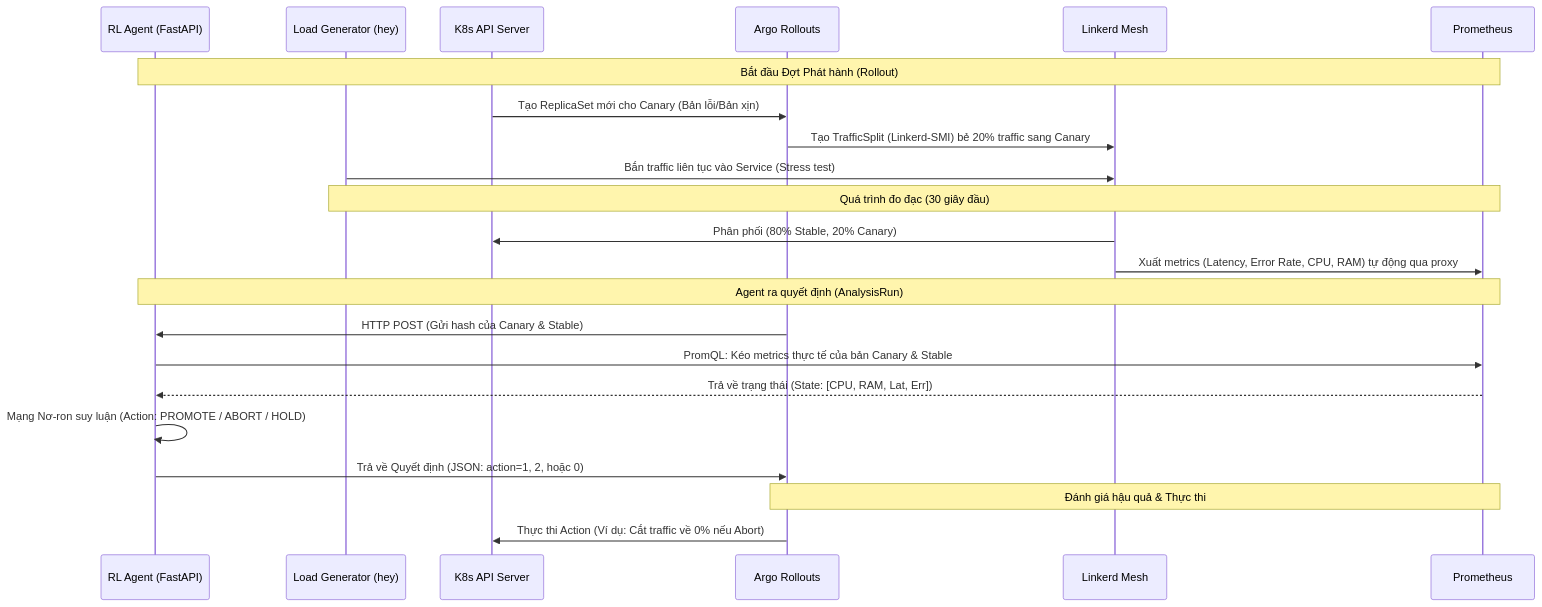
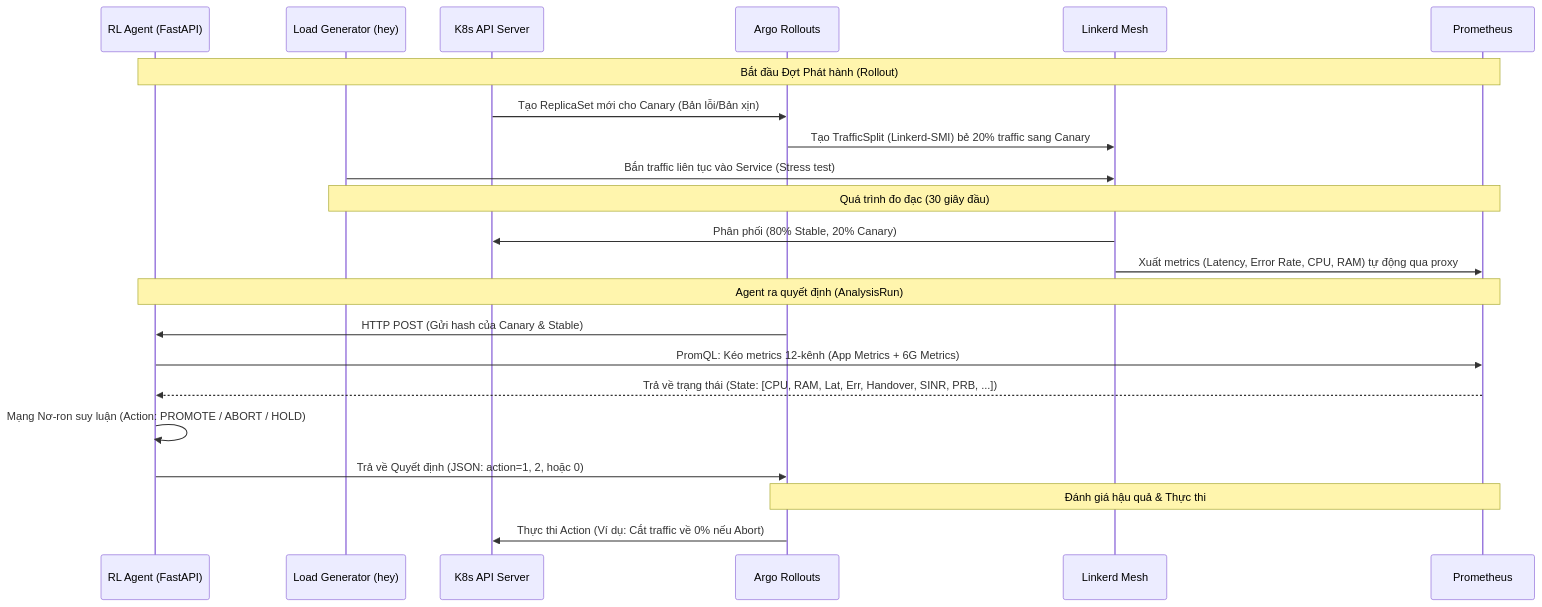
One commit to thuanthentran/dqn-lstm-agent-driven-canary-release changed the diagram in README.md. Above: the diagram before and after it, drawn with Mermaid. The commit also changed other lines of this file and 24 other files, not shown here.

````diff
--- a/README.md
+++ b/README.md
@@ -13,28 +13,28 @@
 ```mermaid
 sequenceDiagram
     participant Agent as RL Agent (FastAPI)
     participant Hey as Load Generator (hey)
     participant K8s as K8s API Server
     participant Argo as Argo Rollouts
     participant L5d as Linkerd Mesh
     participant Prom as Prometheus
 
     Note over Agent, Prom: Bắt đầu Đợt Phát hành (Rollout)
     K8s->>Argo: Tạo ReplicaSet mới cho Canary (Bản lỗi/Bản xịn)
     Argo->>L5d: Tạo TrafficSplit (Linkerd-SMI) bẻ 20% traffic sang Canary
     Hey->>L5d: Bắn traffic liên tục vào Service (Stress test)
     
     Note over Hey, Prom: Quá trình đo đạc (30 giây đầu)
     L5d->>K8s: Phân phối (80% Stable, 20% Canary)
     L5d->>Prom: Xuất metrics (Latency, Error Rate, CPU, RAM) tự động qua proxy
     
     Note over Agent, Prom: Agent ra quyết định (AnalysisRun)
     Argo->>Agent: HTTP POST (Gửi hash của Canary & Stable)
-    Agent->>Prom: PromQL: Kéo metrics thực tế của bản Canary & Stable
-    Prom-->>Agent: Trả về trạng thái (State: [CPU, RAM, Lat, Err])
+    Agent->>Prom: PromQL: Kéo metrics 12-kênh (App Metrics + 6G Metrics)
+    Prom-->>Agent: Trả về trạng thái (State: [CPU, RAM, Lat, Err, Handover, SINR, PRB, ...])
     Agent->>Agent: Mạng Nơ-ron suy luận (Action: PROMOTE / ABORT / HOLD)
     Agent->>Argo: Trả về Quyết định (JSON: action=1, 2, hoặc 0)
     
     Note over Argo, Prom: Đánh giá hậu quả & Thực thi
     Argo->>K8s: Thực thi Action (Ví dụ: Cắt traffic về 0% nếu Abort)
 ```
````
